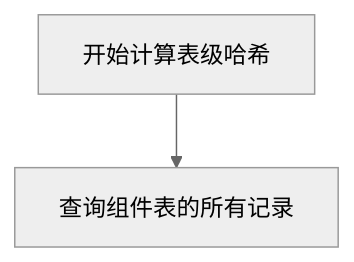
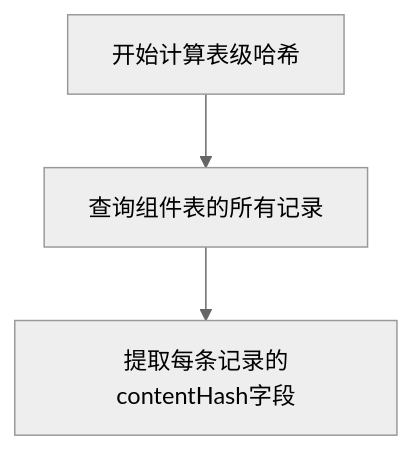
One commit to yingjianzh/iodraw-files changed the diagram in all/未命名-42.md. Above: the diagram before and after it, drawn with Mermaid (neutral theme).

Commit message:
2025-04-24 14:59:36 update

````diff
--- a/all/未命名-42.md
+++ b/all/未命名-42.md
@@ -1,8 +1,10 @@
 ```mermaid
 flowchart TD
     Start[开始计算表级哈希] --> QueryRecords[查询组件表的所有记录]
+    QueryRecords --> ExtractHashes[提取每条记录的contentHash字段]
+
 
     
     
     
 ```
````
